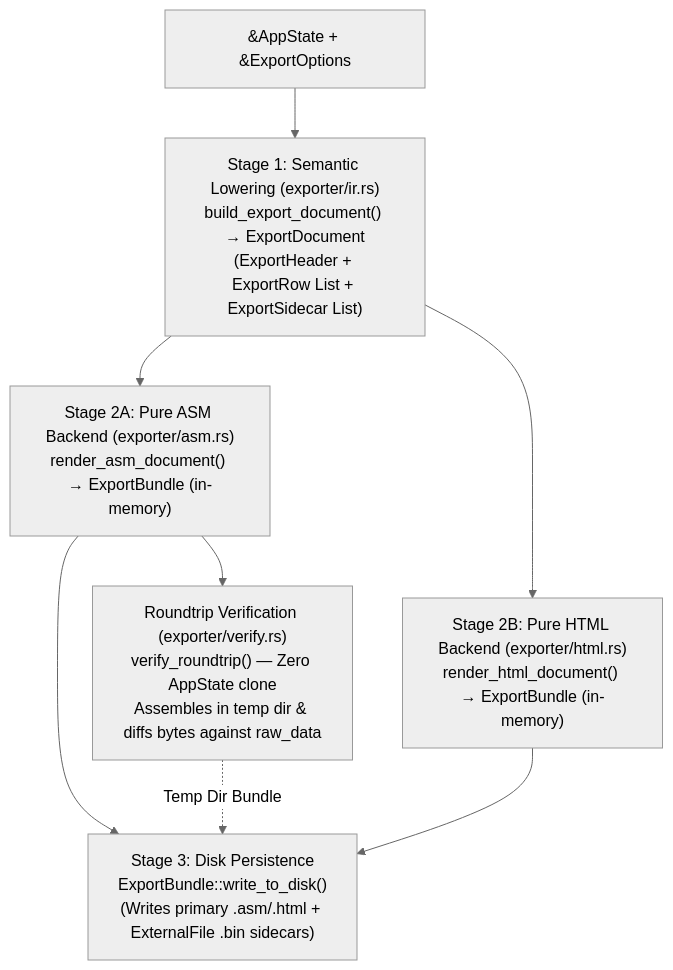
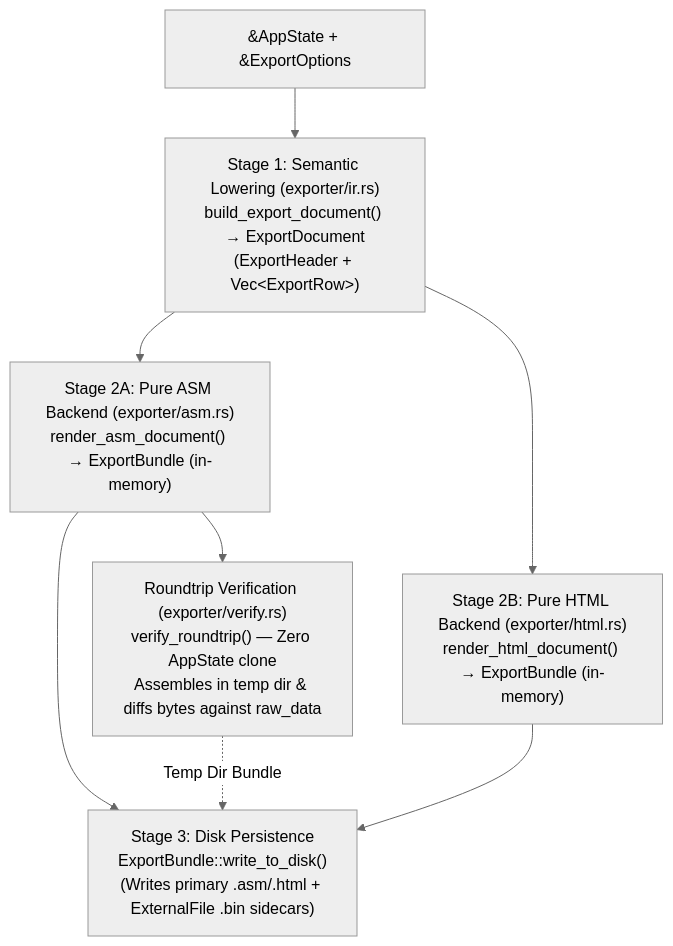
Before and after one commit to ricardoquesada/regenerator2000: the fifth of 11 diagrams in docs/architecture.md, drawn with Mermaid (neutral theme). The commit also changed other lines of this file and 10 other files, not shown here.

````diff
--- a/docs/architecture.md
+++ b/docs/architecture.md
@@ -371,17 +371,17 @@
 ```mermaid
 flowchart TB
     Input["&AppState + &ExportOptions"]
-    Stage1["Stage 1: Semantic Lowering (exporter/ir.rs)<br/>build_export_document() → ExportDocument<br/>(ExportHeader + ExportRow List + ExportSidecar List)"]
+    Stage1["Stage 1: Semantic Lowering (exporter/ir.rs)<br/>build_export_document() → ExportDocument<br/>(ExportHeader + Vec&lt;ExportRow&gt;)"]
     Stage2A["Stage 2A: Pure ASM Backend (exporter/asm.rs)<br/>render_asm_document() → ExportBundle (in-memory)"]
     Stage2B["Stage 2B: Pure HTML Backend (exporter/html.rs)<br/>render_html_document() → ExportBundle (in-memory)"]
     Verify["Roundtrip Verification (exporter/verify.rs)<br/>verify_roundtrip() — Zero AppState clone<br/>Assembles in temp dir & diffs bytes against raw_data"]
     Stage3["Stage 3: Disk Persistence<br/>ExportBundle::write_to_disk()<br/>(Writes primary .asm/.html + ExternalFile .bin sidecars)"]
 
     Input --> Stage1
     Stage1 --> Stage2A
     Stage1 --> Stage2B
     Stage2A --> Verify
     Stage2A --> Stage3
     Verify -.->|"Temp Dir Bundle"| Stage3
     Stage2B --> Stage3
 ```
````
